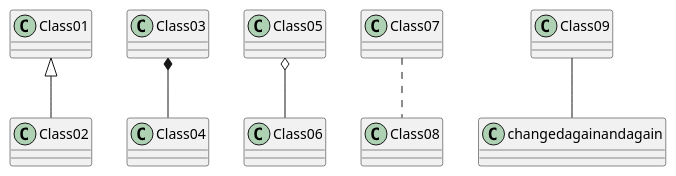
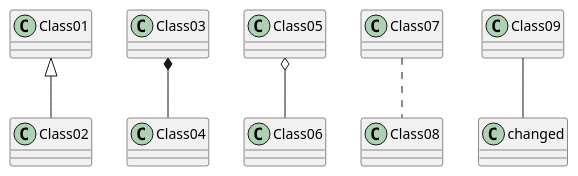
One commit to weichware10/meilensteine changed the diagram in meilenstein_03/test.puml. Above: the diagram before and after it, drawn with PlantUML. The commit also changed 1 other file, not shown here.

```diff
--- a/meilenstein_03/test.puml
+++ b/meilenstein_03/test.puml
@@ -1,7 +1,7 @@
 @startuml test
 Class01 <|-- Class02
 Class03 *-- Class04
 Class05 o-- Class06
 Class07 .. Class08
-Class09 -- changedagainandagain
+Class09 -- changed
 @enduml
```
